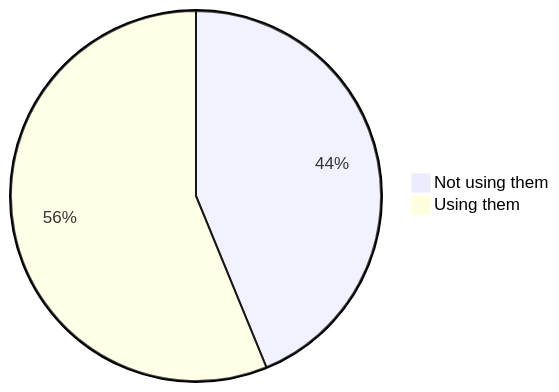
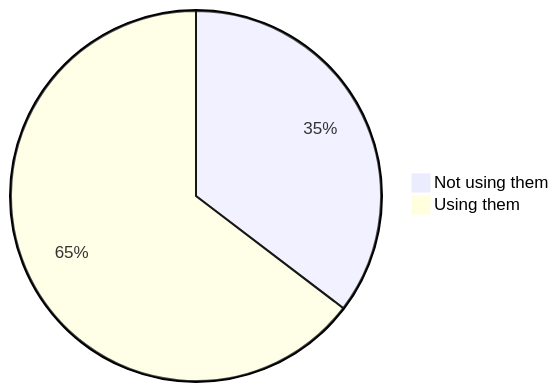
The first of 22 diagrams in stats.md (oshp/oshp-stats), drawn with Mermaid before and after one commit. The commit also changed other lines of this file, not shown here.

````diff
--- a/stats.md
+++ b/stats.md
@@ -10,6 +10,6 @@
 ```mermaid
 pie
-	"Not using them" : 43.79
-	"Using them" : 56.21
+	"Not using them" : 35.36
+	"Using them" : 64.64
 
 ```
````
